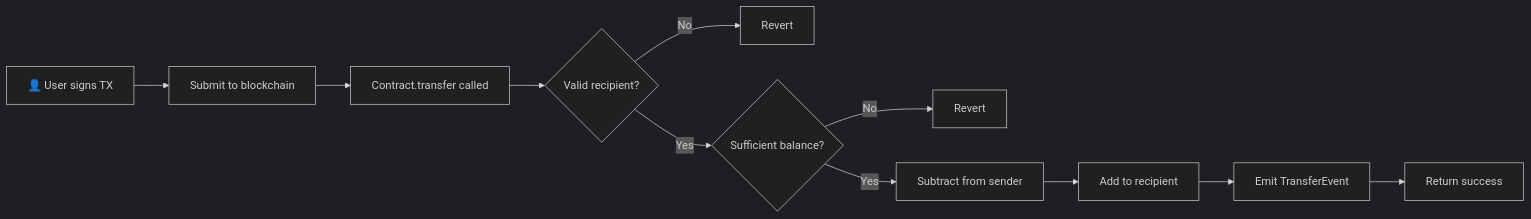
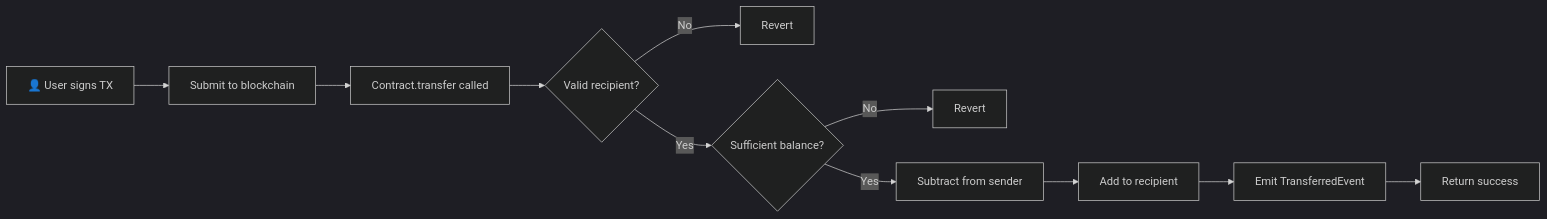
Before and after one commit to btc-vision/btc-runtime: the first of 6 diagrams in docs/contracts/op20-token.md, drawn with Mermaid. The commit also changed other lines of this file and 30 other files, not shown here.

````diff
--- a/docs/contracts/op20-token.md
+++ b/docs/contracts/op20-token.md
@@ -90,17 +93,17 @@
 ```mermaid
 ---
 config:
   theme: dark
 ---
 flowchart LR
     A[👤 User signs TX] --> B[Submit to blockchain]
     B --> C[Contract.transfer called]
     C --> D{Valid recipient?}
     D -->|No| E[Revert]
     D -->|Yes| F{Sufficient balance?}
     F -->|No| G[Revert]
     F -->|Yes| H[Subtract from sender]
     H --> I[Add to recipient]
-    I --> J[Emit TransferEvent]
+    I --> J[Emit TransferredEvent]
     J --> K[Return success]
 ```
````
